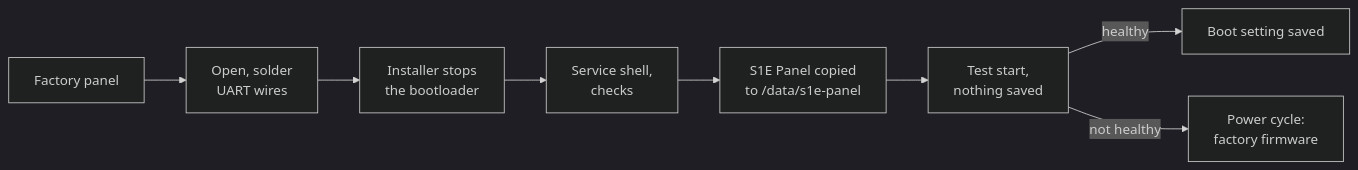
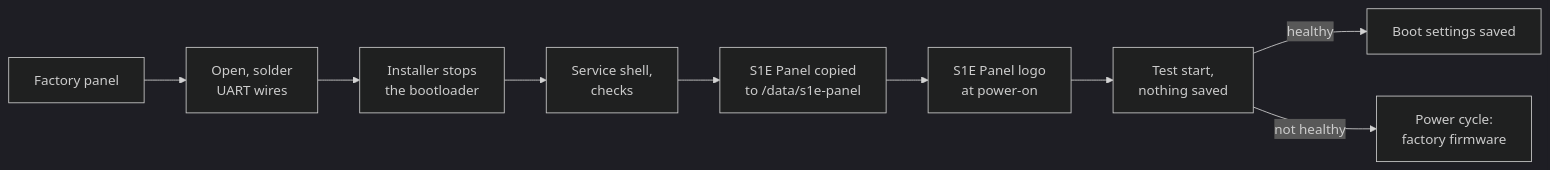
The diagram in docs/installation.md (alexshemr/s1e-panel), drawn with Mermaid (dark theme) before and after one commit. The commit also changed other lines of this file and 13 other files, not shown here.

````diff
--- a/docs/installation.md
+++ b/docs/installation.md
@@ -20,10 +20,11 @@
 ```mermaid
 flowchart LR
   A[Factory panel] --> B[Open, solder<br/>UART wires]
   B --> C[Installer stops<br/>the bootloader]
   C --> D[Service shell,<br/>checks]
   D --> E[S1E Panel copied<br/>to /data/s1e-panel]
-  E --> F[Test start,<br/>nothing saved]
-  F -->|healthy| G[Boot setting saved]
+  E --> L[S1E Panel logo<br/>at power-on]
+  L --> F[Test start,<br/>nothing saved]
+  F -->|healthy| G[Boot settings saved]
   F -->|not healthy| H[Power cycle:<br/>factory firmware]
 ```
````
